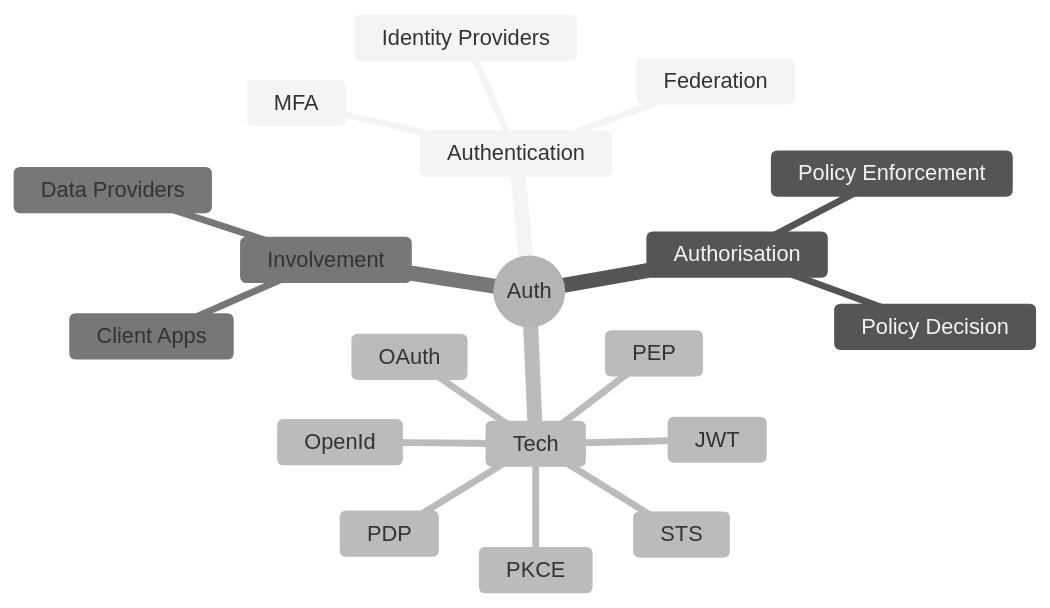
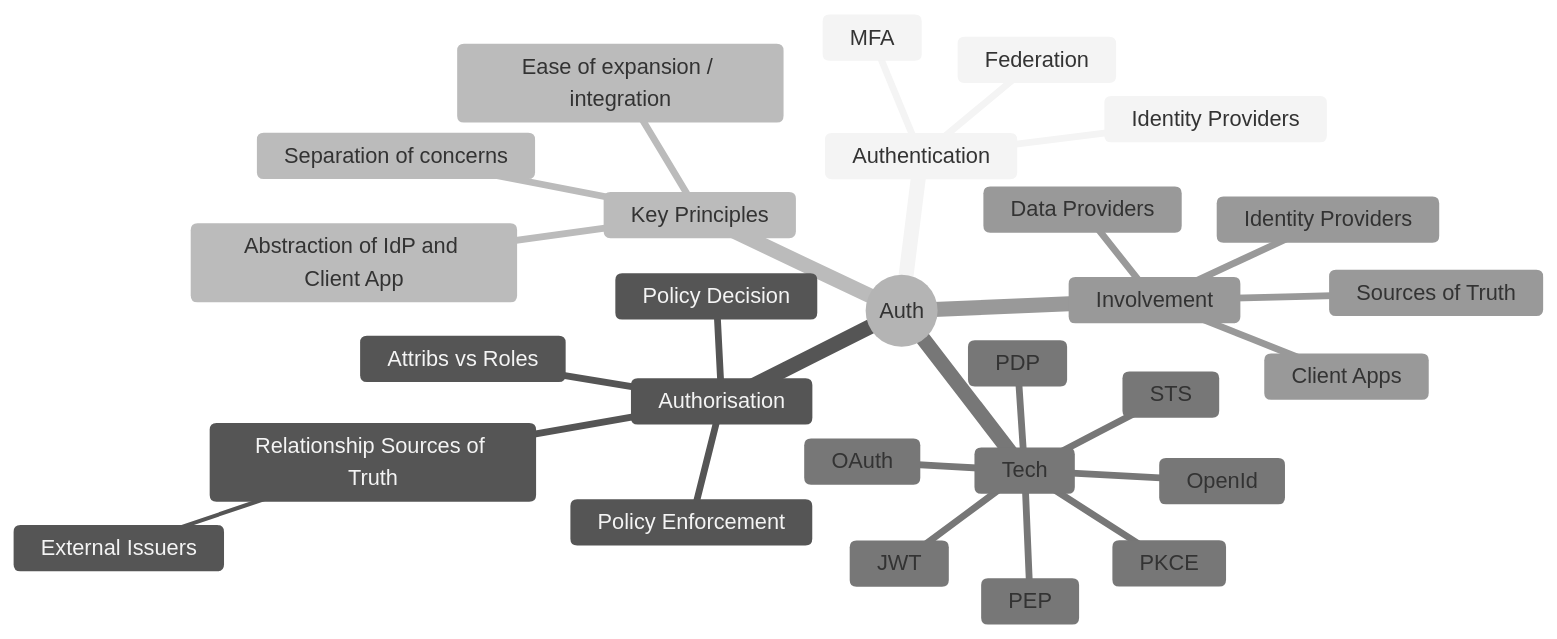
Before and after one commit to RossBugginsNHS/architecture-design-docs: the first of 4 diagrams in docs/auth/auth.md, drawn with Mermaid (neutral theme). The commit also changed other lines of this file, not shown here.

Commit message:
What is an IdP and what should it do?

````diff
--- a/docs/auth/auth.md
+++ b/docs/auth/auth.md
@@ -46,23 +46,33 @@
 ```mermaid
 mindmap
   root((Auth))
     Authentication
       Identity Providers
       Federation
       MFA
     Authorisation
       Policy Decision
       Policy Enforcement
+      Attribs vs Roles
+      Relationship Sources of Truth
+        External Issuers
+      
+    Key Principles
+      Separation of concerns
+      Ease of expansion / integration
+      Abstraction of IdP and Client App
     Tech
       OAuth
       OpenId
       STS 
       PDP
       PEP
       PKCE
       JWT
     Involvement
       Client Apps
       Data Providers
+      Identity Providers
+      Sources of Truth
 
 ```
````
